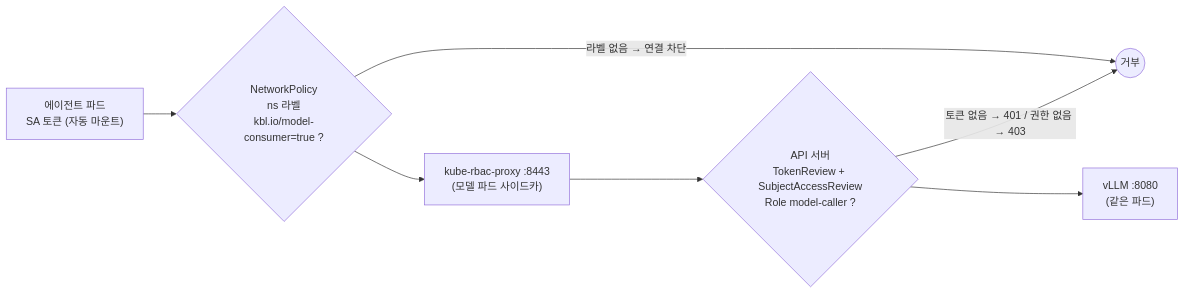
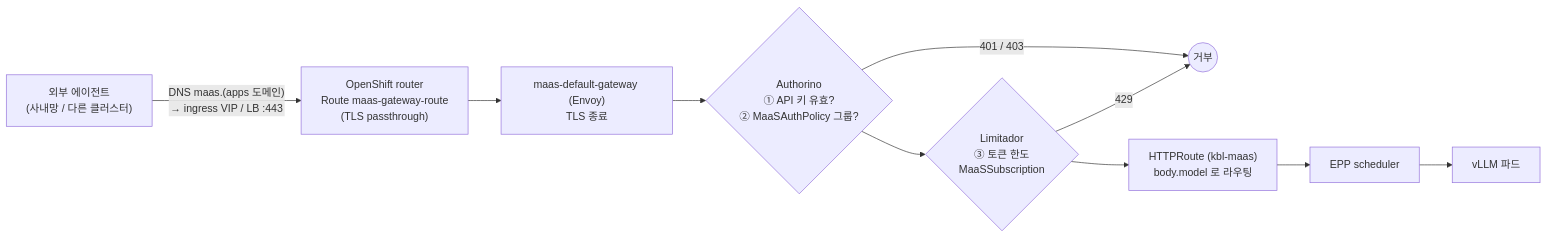
Before and after one commit to edwin-noh/model-lifecycle: the third of 4 diagrams in deploy/kbl-ai-gitops.md, drawn with Mermaid. The commit also changed other lines of this file, not shown here.

Commit message:
docs(kbl-ai-gitops): Raw+MaaS together, per-namespace network matrix, in/out-cluster call flows, change impact

````diff
--- a/deploy/kbl-ai-gitops.md
+++ b/deploy/kbl-ai-gitops.md
@@ -169,9 +229,11 @@
 ```mermaid
 flowchart LR
-  P["에이전트 파드<br/>SA 토큰 (자동 마운트)"] --> NP{"NetworkPolicy<br/>ns 라벨<br/>kbl.io/model-consumer=true ?"}
-  NP -- "라벨 없음 → 연결 차단" --> X(("거부"))
-  NP --> PX["kube-rbac-proxy :8443<br/>(모델 파드 사이드카)"]
-  PX --> SAR{"API 서버<br/>TokenReview + SubjectAccessReview<br/>Role model-caller ?"}
-  SAR -- "토큰 없음 → 401 / 권한 없음 → 403" --> X
-  SAR --> V["vLLM :8080<br/>(같은 파드)"]
+  EXT["외부 에이전트<br/>(사내망 / 다른 클러스터)"] -- "DNS maas.(apps 도메인)<br/>→ ingress VIP / LB :443" --> R["OpenShift router<br/>Route maas-gateway-route<br/>(TLS passthrough)"]
+  R --> GW["maas-default-gateway (Envoy)<br/>TLS 종료"]
+  GW --> AUTH{"Authorino<br/>① API 키 유효?<br/>② MaaSAuthPolicy 그룹?"}
+  AUTH -- "401 / 403" --> X(("거부"))
+  AUTH --> LIM{"Limitador<br/>③ 토큰 한도<br/>MaaSSubscription"}
+  LIM -- "429" --> X
+  LIM --> HR["HTTPRoute (kbl-maas)<br/>body.model 로 라우팅"]
+  HR --> EPP["EPP scheduler"] --> V["vLLM 파드"]
 ```
````
